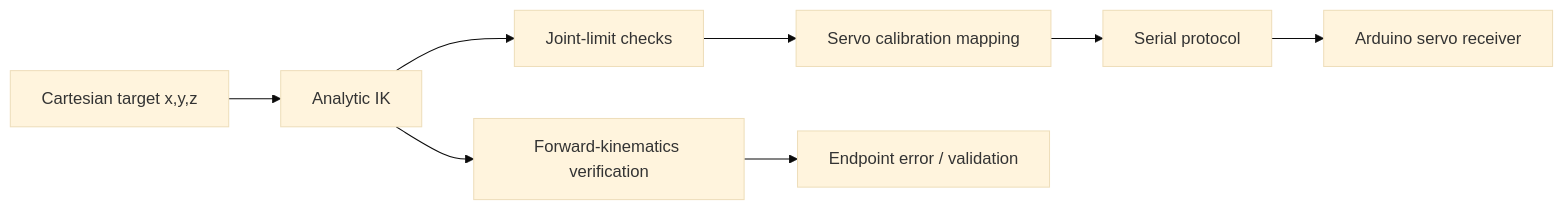
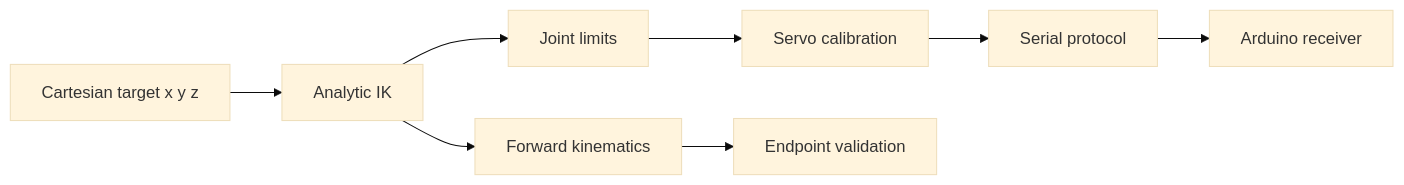
The diagram in README.md (VivekVRobo/3dof-robotic-arm), drawn with Mermaid (base theme) before and after one commit. The commit also changed other lines of this file, not shown here.

Commit message:
Redesign 3DOF arm README around kinematics and evidence

````diff
--- a/README.md
+++ b/README.md
@@ -11,10 +50,11 @@
 ```mermaid
 flowchart LR
-    T[Cartesian target x,y,z] --> IK[Analytic IK]
-    IK --> LIMITS[Joint-limit checks]
-    LIMITS --> MAP[Servo calibration mapping]
+    T[Cartesian target x y z] --> IK[Analytic IK]
+    IK --> LIMITS[Joint limits]
+    LIMITS --> MAP[Servo calibration]
     MAP --> SERIAL[Serial protocol]
-    SERIAL --> MCU[Arduino servo receiver]
-    IK --> FK[Forward-kinematics verification]
-    FK --> ERR[Endpoint error / validation]
+    SERIAL --> MCU[Arduino receiver]
+
+    IK --> FK[Forward kinematics]
+    FK --> ERR[Endpoint validation]
 ```
````
